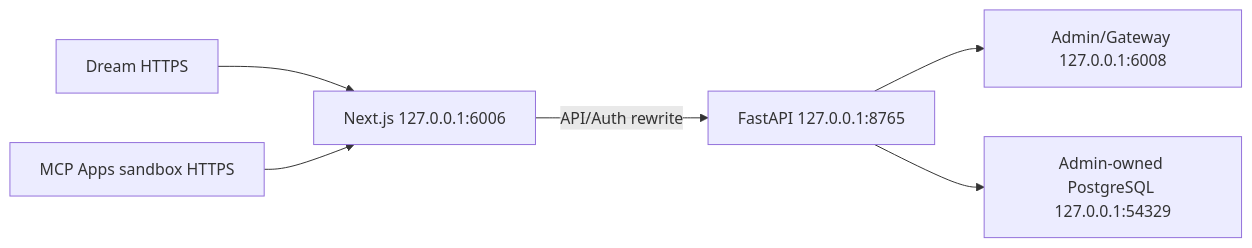
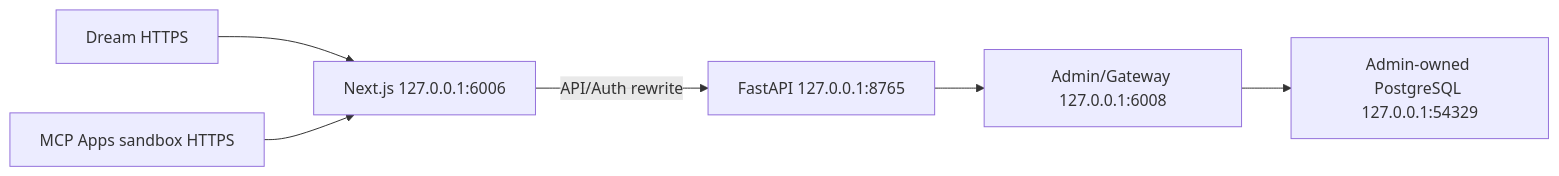
Before and after one commit to glide-the/im-dream: the diagram in docs/deploy/autodl.md, drawn with Mermaid. The commit also changed other lines of this file and 543 other files, not shown here.

````diff
--- a/docs/deploy/autodl.md
+++ b/docs/deploy/autodl.md
@@ -14,8 +14,8 @@
 ```mermaid
 flowchart LR
   Public["Dream HTTPS"] --> Next["Next.js 127.0.0.1:6006"]
   Sandbox["MCP Apps sandbox HTTPS"] --> Next
   Next -->|API/Auth rewrite| API["FastAPI 127.0.0.1:8765"]
   API --> Admin["Admin/Gateway 127.0.0.1:6008"]
-  API --> PG["Admin-owned PostgreSQL 127.0.0.1:54329"]
+  Admin --> PG["Admin-owned PostgreSQL 127.0.0.1:54329"]
 ```
````
